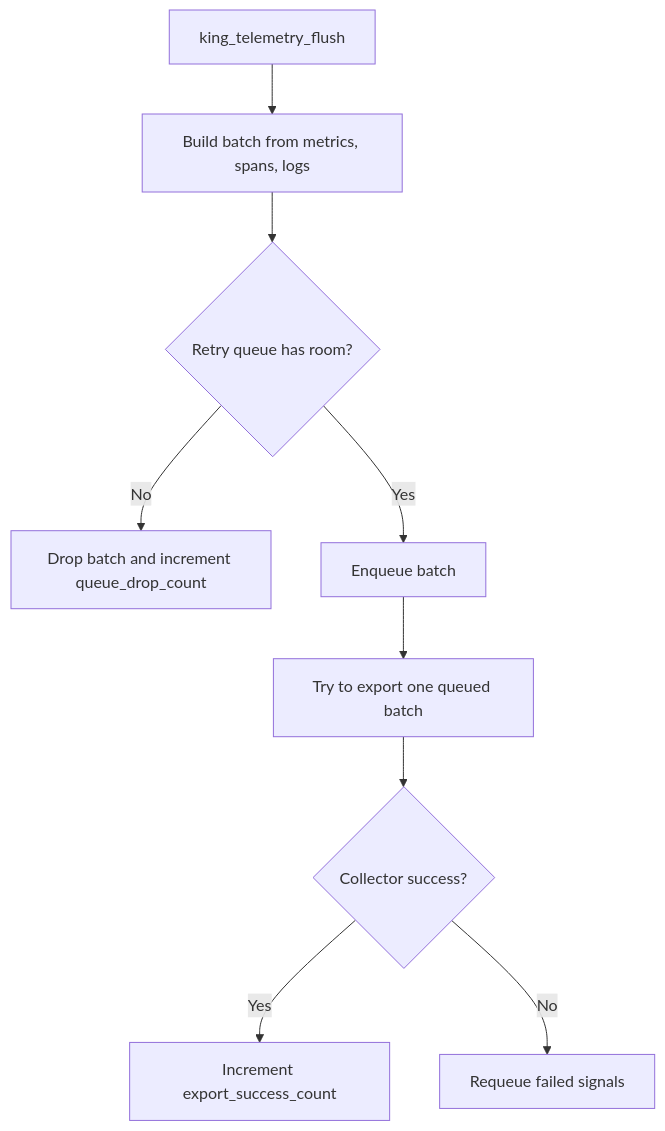
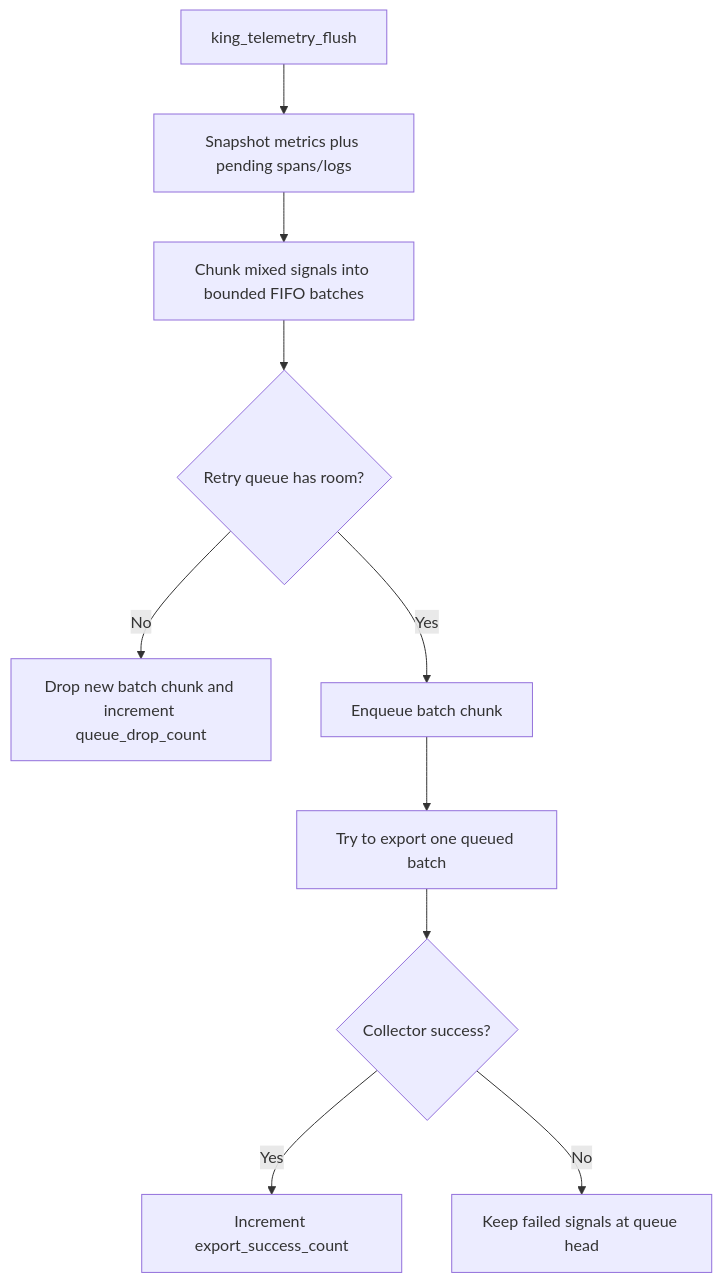
The fifth of 6 diagrams in documentation/telemetry.md (Intelligent-Intern/king), drawn with Mermaid before and after one commit. The commit also changed other lines of this file and 107 other files, not shown here.

````diff
--- a/documentation/telemetry.md
+++ b/documentation/telemetry.md
@@ -219,11 +262,12 @@
 ```mermaid
 flowchart TD
-    A[king_telemetry_flush] --> B[Build batch from metrics, spans, logs]
-    B --> C{Retry queue has room?}
-    C -->|No| D[Drop batch and increment queue_drop_count]
-    C -->|Yes| E[Enqueue batch]
-    E --> F[Try to export one queued batch]
-    F --> G{Collector success?}
-    G -->|Yes| H[Increment export_success_count]
-    G -->|No| I[Requeue failed signals]
+    A[king_telemetry_flush] --> B[Snapshot metrics plus pending spans/logs]
+    B --> C[Chunk mixed signals into bounded FIFO batches]
+    C --> D{Retry queue has room?}
+    D -->|No| E[Drop new batch chunk and increment queue_drop_count]
+    D -->|Yes| F[Enqueue batch chunk]
+    F --> G[Try to export one queued batch]
+    G --> H{Collector success?}
+    H -->|Yes| I[Increment export_success_count]
+    H -->|No| J[Keep failed signals at queue head]
 ```
````
